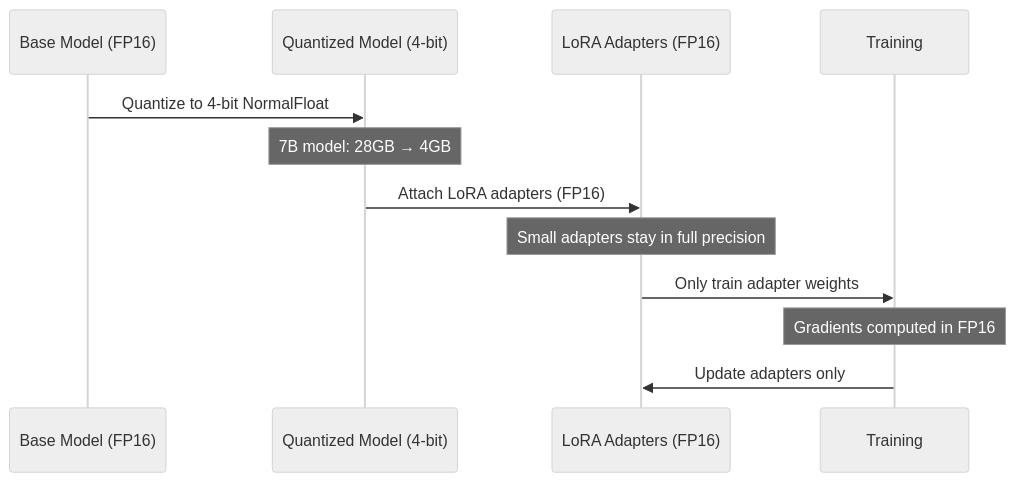
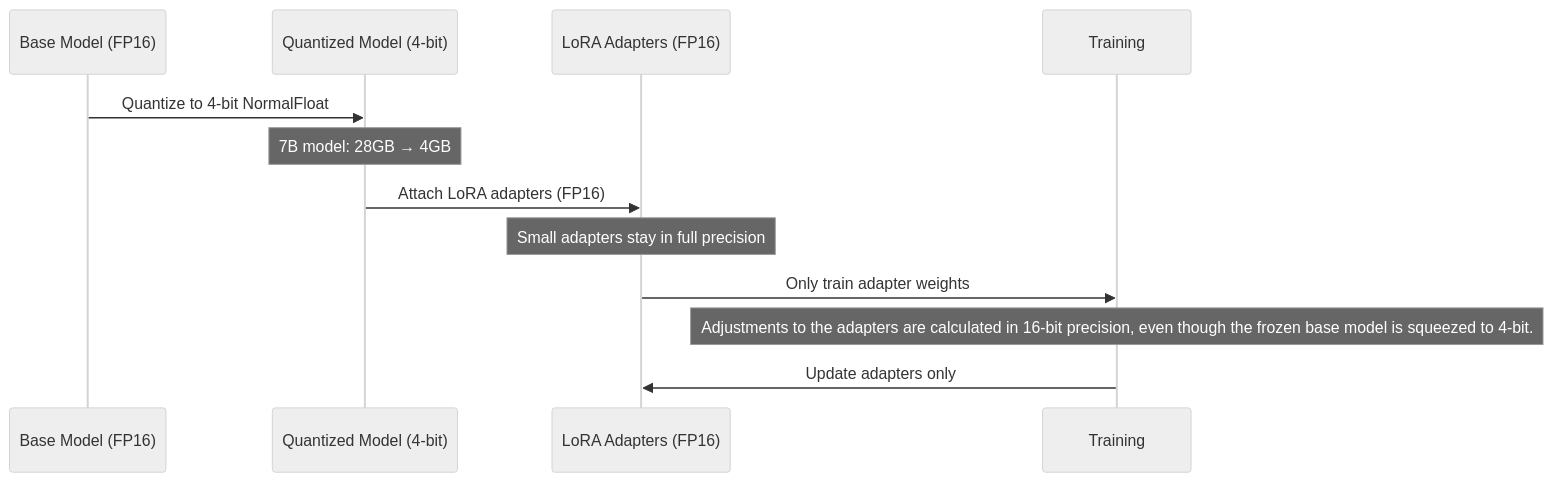
One commit to akshkr/akashnotes changed the fourth of 7 diagrams in Phase_6_Advanced_Finetuning/Day_078_finetuning_fundamentals/finetuning_fundamentals.md. Above: the diagram before and after it, drawn with Mermaid (neutral theme). The commit also changed other lines of this file and 95 other files, not shown here.

````diff
--- a/Phase_6_Advanced_Finetuning/Day_078_finetuning_fundamentals/finetuning_fundamentals.md
+++ b/Phase_6_Advanced_Finetuning/Day_078_finetuning_fundamentals/finetuning_fundamentals.md
@@ -136,15 +138,15 @@
 ```mermaid
 sequenceDiagram
     participant Base as Base Model (FP16)
     participant Quant as Quantized Model (4-bit)
     participant LoRA as LoRA Adapters (FP16)
     participant Train as Training
 
     Base->>Quant: Quantize to 4-bit NormalFloat
     Note over Quant: 7B model: 28GB → 4GB
     Quant->>LoRA: Attach LoRA adapters (FP16)
     Note over LoRA: Small adapters stay in full precision
     LoRA->>Train: Only train adapter weights
-    Note over Train: Gradients computed in FP16
+    Note over Train: Adjustments to the adapters are calculated in 16-bit precision, even though the frozen base model is squeezed to 4-bit.
     Train->>LoRA: Update adapters only
 ```
````
